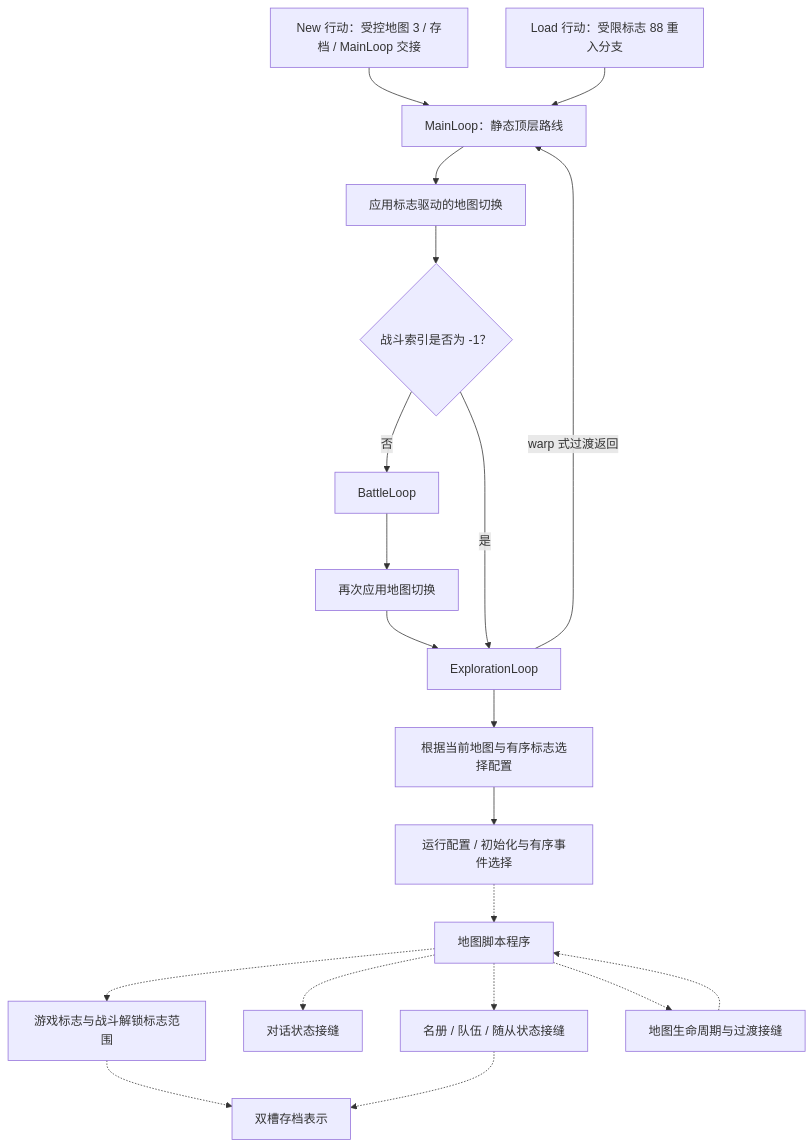
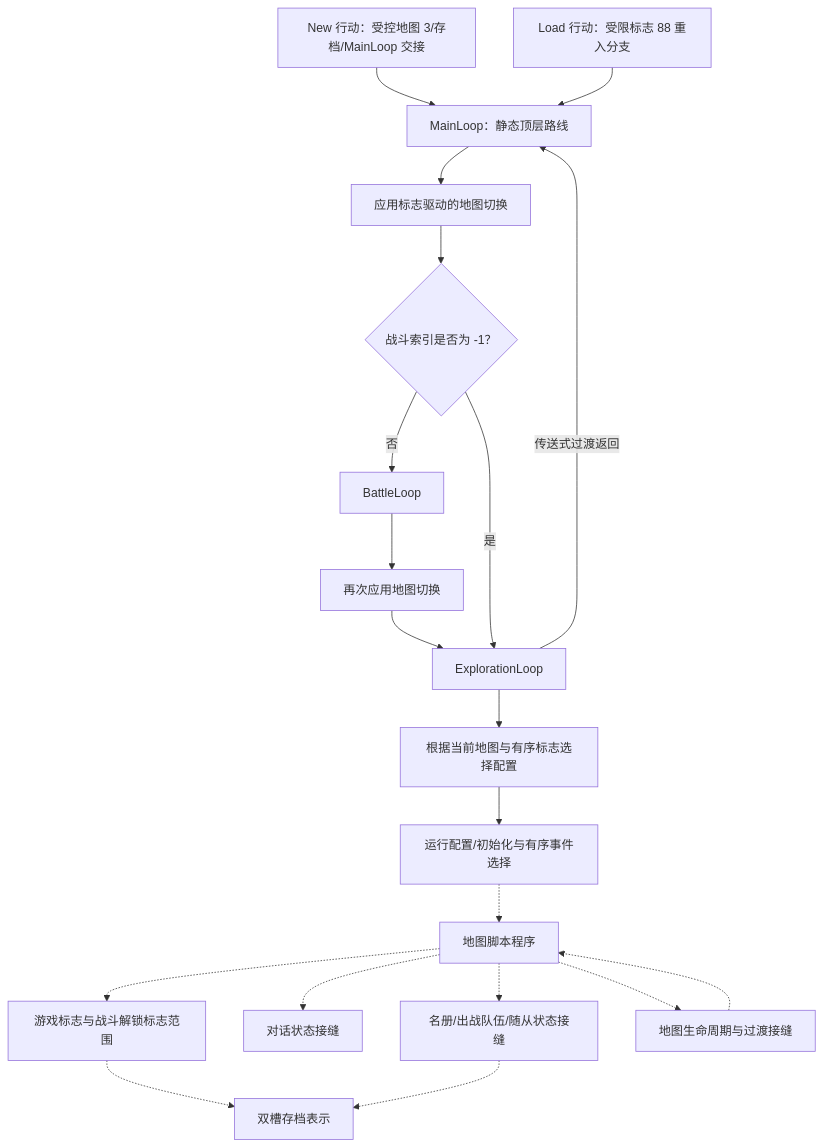
Before and after one commit to FrankHZ/md-sf2-reverse-engineering: the diagram in docs/design/zh-CN/synthesis/story-progression.md, drawn with Mermaid. The commit also changed other lines of this file and 5 other files, not shown here.

````diff
--- a/docs/design/zh-CN/synthesis/story-progression.md
+++ b/docs/design/zh-CN/synthesis/story-progression.md
@@ -56,22 +719,22 @@
 ```mermaid
 flowchart TD
-    New["New 行动：受控地图 3 / 存档 / MainLoop 交接"] --> Main["MainLoop：静态顶层路线"]
+    New["New 行动：受控地图 3/存档/MainLoop 交接"] --> Main["MainLoop：静态顶层路线"]
     Load["Load 行动：受限标志 88 重入分支"] --> Main
     Main --> Switch["应用标志驱动的地图切换"]
     Switch --> BattleGate{"战斗索引是否为 -1？"}
     BattleGate -->|"否"| Battle["BattleLoop"]
     Battle --> PostBattle["再次应用地图切换"]
     PostBattle --> Explore["ExplorationLoop"]
     BattleGate -->|"是"| Explore
     Explore --> Setup["根据当前地图与有序标志选择配置"]
-    Setup --> Event["运行配置 / 初始化与有序事件选择"]
+    Setup --> Event["运行配置/初始化与有序事件选择"]
     Event -.-> Script["地图脚本程序"]
     Script -.-> Flags["游戏标志与战斗解锁标志范围"]
     Script -.-> Dialogue["对话状态接缝"]
-    Script -.-> Roster["名册 / 队伍 / 随从状态接缝"]
+    Script -.-> Roster["名册/出战队伍/随从状态接缝"]
     Script -.-> Lifecycle["地图生命周期与过渡接缝"]
     Lifecycle -.-> Script
-    Explore -->|"warp 式过渡返回"| Main
+    Explore -->|"传送式过渡返回"| Main
     Flags -.-> Save["双槽存档表示"]
     Roster -.-> Save
 ```
````
